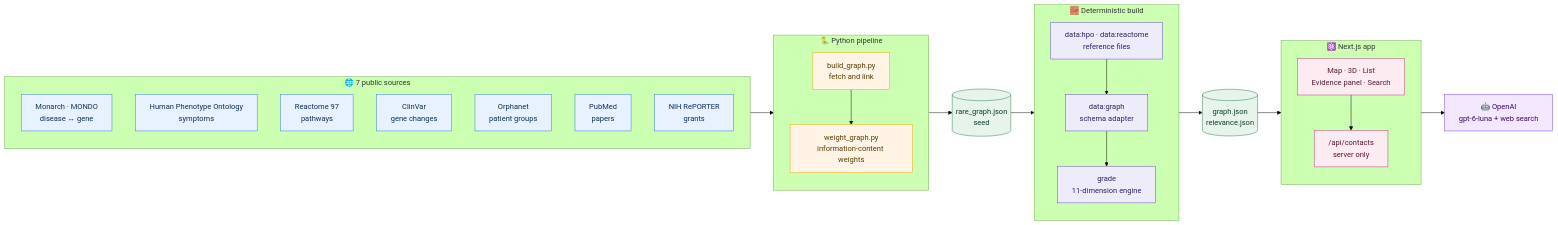
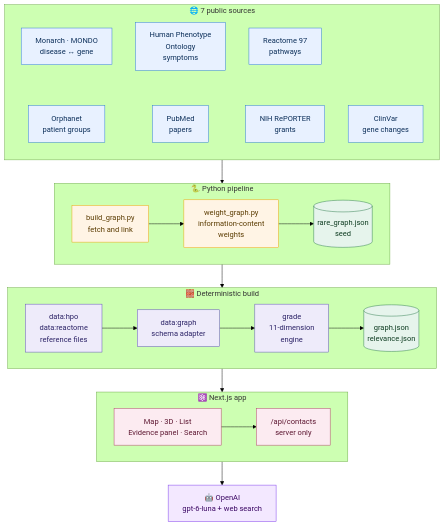
One commit to vihuynh72/research-os changed the third of 12 diagrams in README.md. Above: the diagram before and after it, drawn with Mermaid (forest theme). The commit also changed other lines of this file and 1 other file, not shown here.

````diff
--- a/README.md
+++ b/README.md
@@ -160,44 +161,43 @@
 ```mermaid
-flowchart LR
+flowchart TB
     subgraph SRC["🌐 7 public sources"]
         direction TB
         MON["Monarch · MONDO<br/>disease ↔ gene"]
-        HPO["Human Phenotype Ontology<br/>symptoms"]
+        HPO["Human Phenotype<br/>Ontology<br/>symptoms"]
         REA["Reactome 97<br/>pathways"]
         CLV["ClinVar<br/>gene changes"]
         ORP["Orphanet<br/>patient groups"]
         PUB["PubMed<br/>papers"]
         NIH["NIH RePORTER<br/>grants"]
+        MON ~~~ ORP
+        HPO ~~~ PUB
+        REA ~~~ NIH
     end
     subgraph PIPE["🐍 Python pipeline"]
-        direction TB
-        BG["build_graph.py<br/>fetch and link"] --> WG["weight_graph.py<br/>information-content weights"]
+        direction LR
+        BG["build_graph.py<br/>fetch and link"] --> WG["weight_graph.py<br/>information-content<br/>weights"] --> SEED[("rare_graph.json<br/>seed")]
     end
     subgraph BUILD["🧱 Deterministic build"]
-        direction TB
-        REF["data:hpo · data:reactome<br/>reference files"] --> ADP["data:graph<br/>schema adapter"]
-        ADP --> GRD["grade<br/>11-dimension engine"]
+        direction LR
+        REF["data:hpo<br/>data:reactome<br/>reference files"] --> ADP["data:graph<br/>schema adapter"] --> GRD["grade<br/>11-dimension<br/>engine"] --> OUT[("graph.json<br/>relevance.json")]
     end
     subgraph APP["⚛️ Next.js app"]
-        direction TB
-        UI["Map · 3D · List<br/>Evidence panel · Search"]
-        API["/api/contacts<br/>server only"]
+        direction LR
+        UI["Map · 3D · List<br/>Evidence panel · Search"] --> API["/api/contacts<br/>server only"]
     end
-    SEED[("rare_graph.json<br/>seed")]
-    OUT[("graph.json<br/>relevance.json")]
     OAI["🤖 OpenAI<br/>gpt-6-luna + web search"]
-    SRC --> PIPE --> SEED --> BUILD --> OUT --> UI
-    UI --> API --> OAI
+    SRC --> PIPE --> BUILD --> APP
+    API --> OAI
     classDef src fill:#E8F1FF,stroke:#2A78D6,color:#0B2E59
     classDef py fill:#FFF4E5,stroke:#EDA100,color:#5A3B00
     classDef ts fill:#EEEBFA,stroke:#5B4BB7,color:#2B2266
     classDef data fill:#E6F4EC,stroke:#2B7A4B,color:#0F3D22
     classDef app fill:#FCEBF1,stroke:#B23C68,color:#5C1530
     classDef ai fill:#F3E8FF,stroke:#7C3AED,color:#3B0764
     class MON,HPO,REA,CLV,ORP,PUB,NIH src
     class BG,WG py
     class REF,ADP,GRD ts
     class SEED,OUT data
     class UI,API app
     class OAI ai
 ```
````
